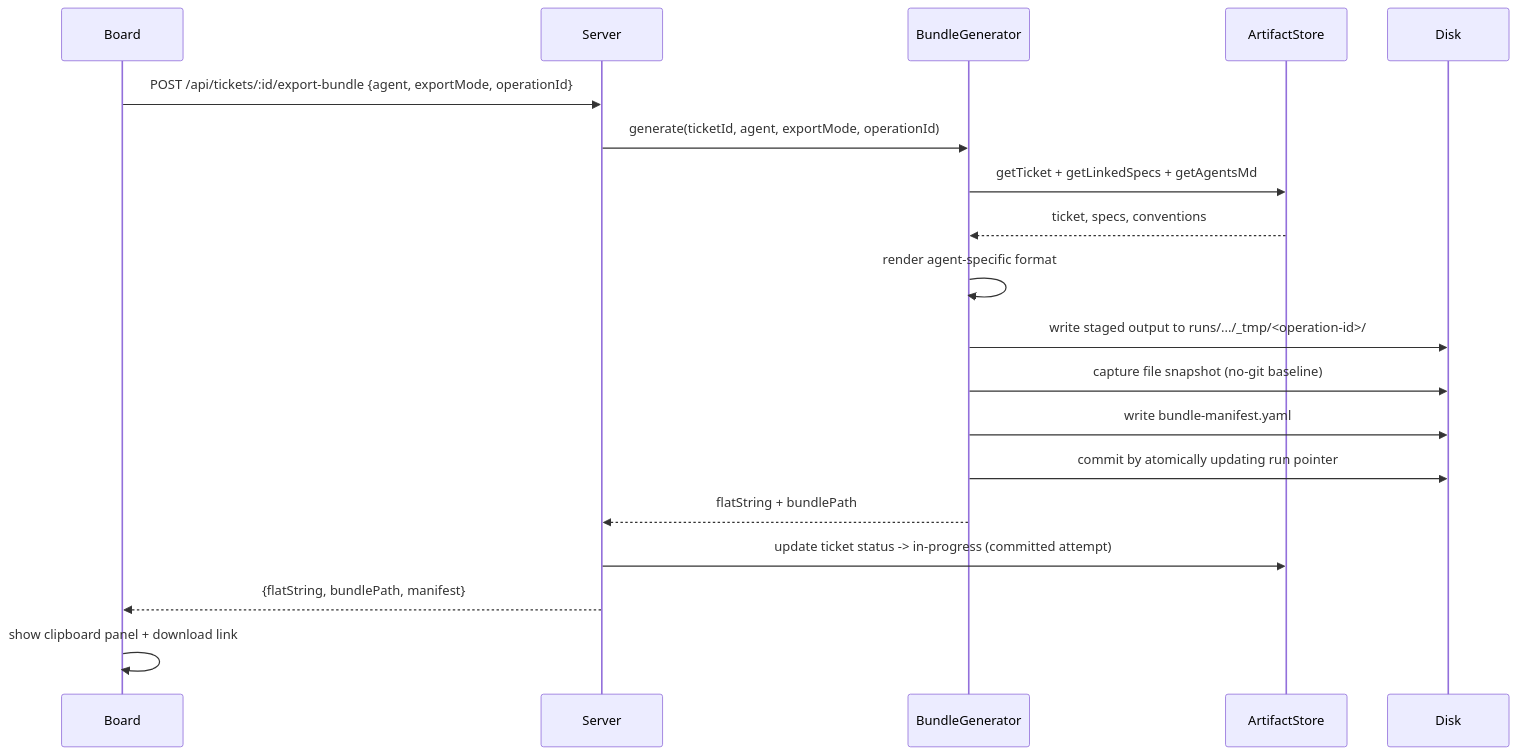
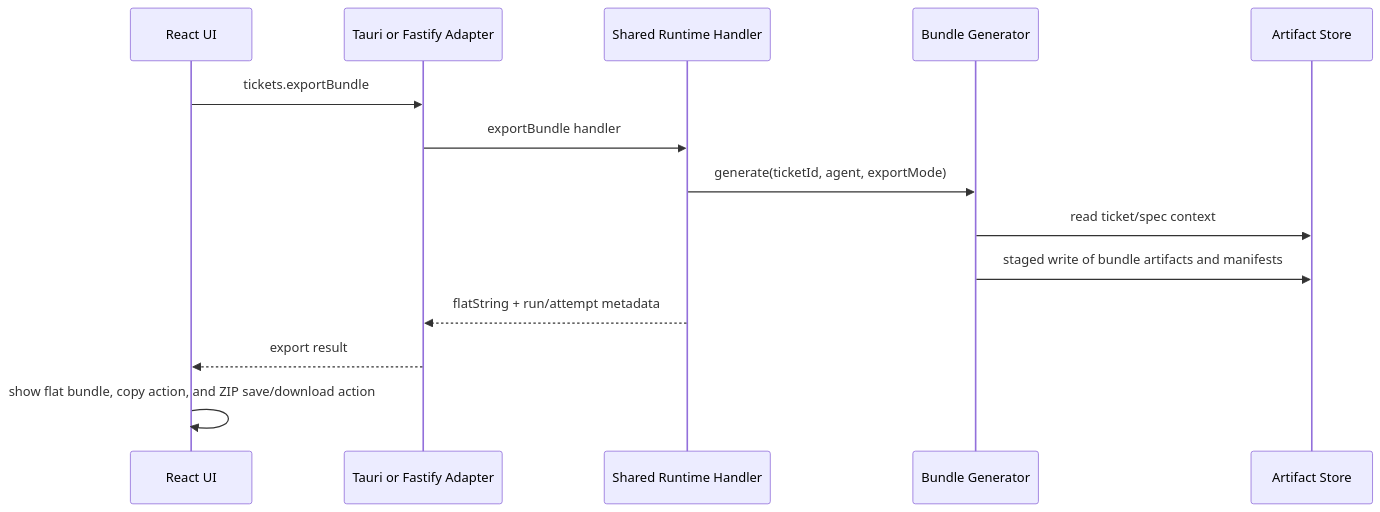
One commit to mtmitchel/SpecFlow changed the fourth of 4 diagrams in docs/architecture.md. Above: the diagram before and after it, drawn with Mermaid. The commit also changed other lines of this file and 72 other files, not shown here.

Commit message:
Migrate SpecFlow to a desktop-first Tauri runtime

````diff
--- a/docs/architecture.md
+++ b/docs/architecture.md
@@ -591,22 +534,17 @@
 ```mermaid
 sequenceDiagram
-    participant Board
-    participant Server
-    participant BundleGenerator
-    participant ArtifactStore
-    participant Disk
+    participant UI as React UI
+    participant Bridge as Tauri or Fastify Adapter
+    participant Runtime as Shared Runtime Handler
+    participant Bundle as Bundle Generator
+    participant Store as Artifact Store
 
-    Board->>Server: POST /api/tickets/:id/export-bundle {agent, exportMode, operationId}
-    Server->>BundleGenerator: generate(ticketId, agent, exportMode, operationId)
-    BundleGenerator->>ArtifactStore: getTicket + getLinkedSpecs + getAgentsMd
-    ArtifactStore-->>BundleGenerator: ticket, specs, conventions
-    BundleGenerator->>BundleGenerator: render agent-specific format
-    BundleGenerator->>Disk: write staged output to runs/.../_tmp/<operation-id>/
-    BundleGenerator->>Disk: capture file snapshot (no-git baseline)
-    BundleGenerator->>Disk: write bundle-manifest.yaml
-    BundleGenerator->>Disk: commit by atomically updating run pointer
-    BundleGenerator-->>Server: flatString + bundlePath
-    Server->>ArtifactStore: update ticket status -> in-progress (committed attempt)
-    Server-->>Board: {flatString, bundlePath, manifest}
-    Board->>Board: show clipboard panel + download link
+    UI->>Bridge: tickets.exportBundle
+    Bridge->>Runtime: exportBundle handler
+    Runtime->>Bundle: generate(ticketId, agent, exportMode)
+    Bundle->>Store: read ticket/spec context
+    Bundle->>Store: staged write of bundle artifacts and manifests
+    Runtime-->>Bridge: flatString + run/attempt metadata
+    Bridge-->>UI: export result
+    UI->>UI: show flat bundle, copy action, and ZIP save/download action
 ```
````
